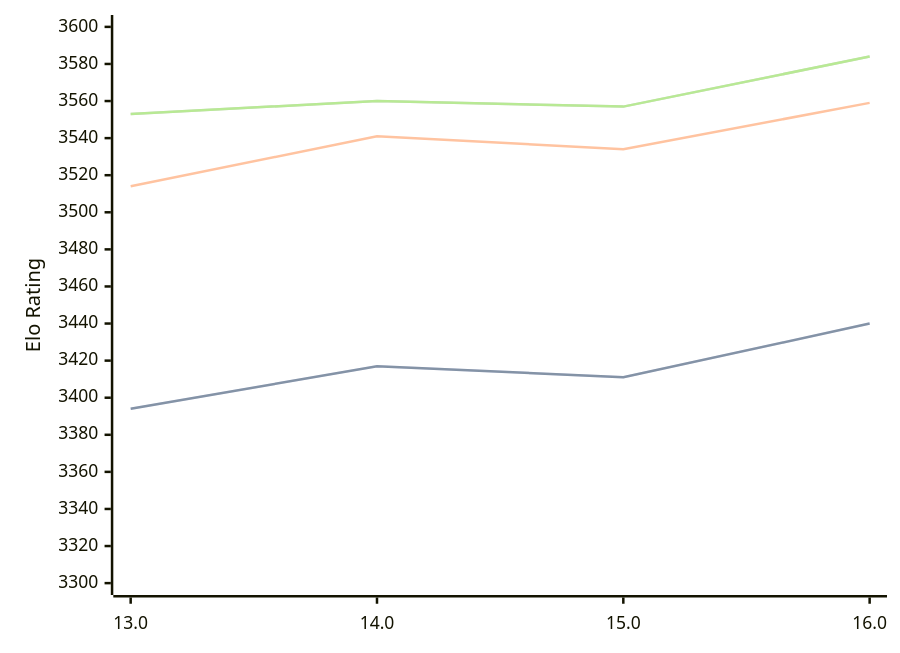
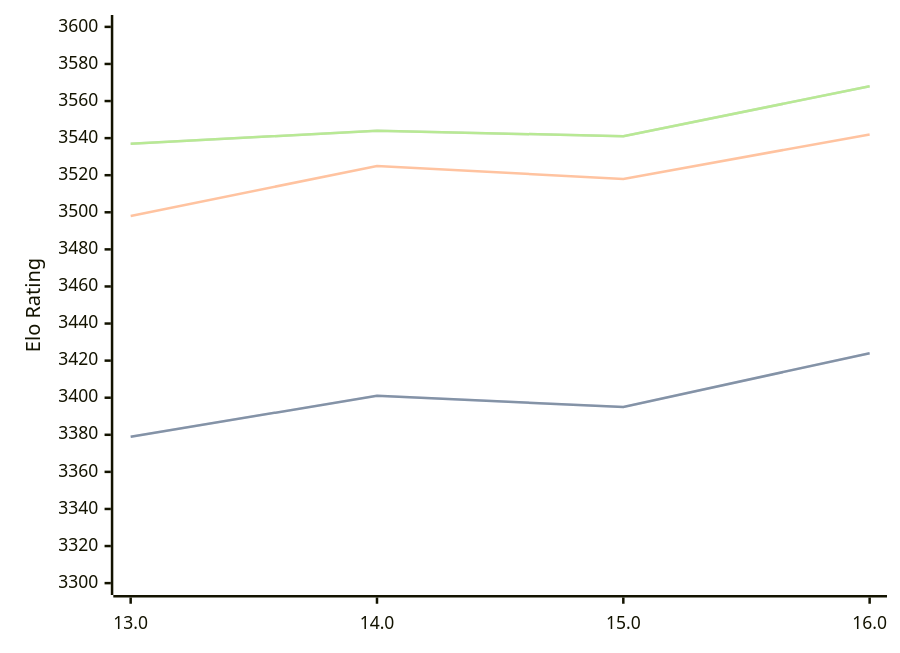
The diagram in engines/Obsidian.md (computer-chess-index/cci), drawn with Mermaid before and after one commit. The commit also changed other lines of this file, not shown here.

Commit message:
Update CCI Ratings (ELO VLTC) - 2026-05-20

````diff
--- a/engines/Obsidian.md
+++ b/engines/Obsidian.md
@@ -43,11 +43,11 @@
 ```mermaid
 %%{init: {"theme":"base","themeVariables":{"seriesColors:['#a3a3a3','#222221','#faa371']}}}%%
 xychart-beta
   x-axis ["13.0", "14.0", "15.0", "16.0"]
   y-axis "Elo Rating" 3300 --> 3600
-  line "STC (8.0+0.08s)" [3394, 3417, 3411, 3440]
-  line "STC (8.0+0.08s)" [3394, 3417, 3411, 3440]
-  line "LTC (60.0+0.60s)" [3514, 3541, 3534, 3559]
-  line "VLTC (2m24s+1.12s)" [3553, 3560, 3557, 3584]
-  line "VLTC (2m24s+1.12s)" [3553, 3560, 3557, 3584]
+  line "STC (8.0+0.08s)" [3379, 3401, 3395, 3424]
+  line "STC (8.0+0.08s)" [3379, 3401, 3395, 3424]
+  line "LTC (60.0+0.60s)" [3498, 3525, 3518, 3542]
+  line "VLTC (2m24s+1.12s)" [3537, 3544, 3541, 3568]
+  line "VLTC (2m24s+1.12s)" [3537, 3544, 3541, 3568]
 ```
````
